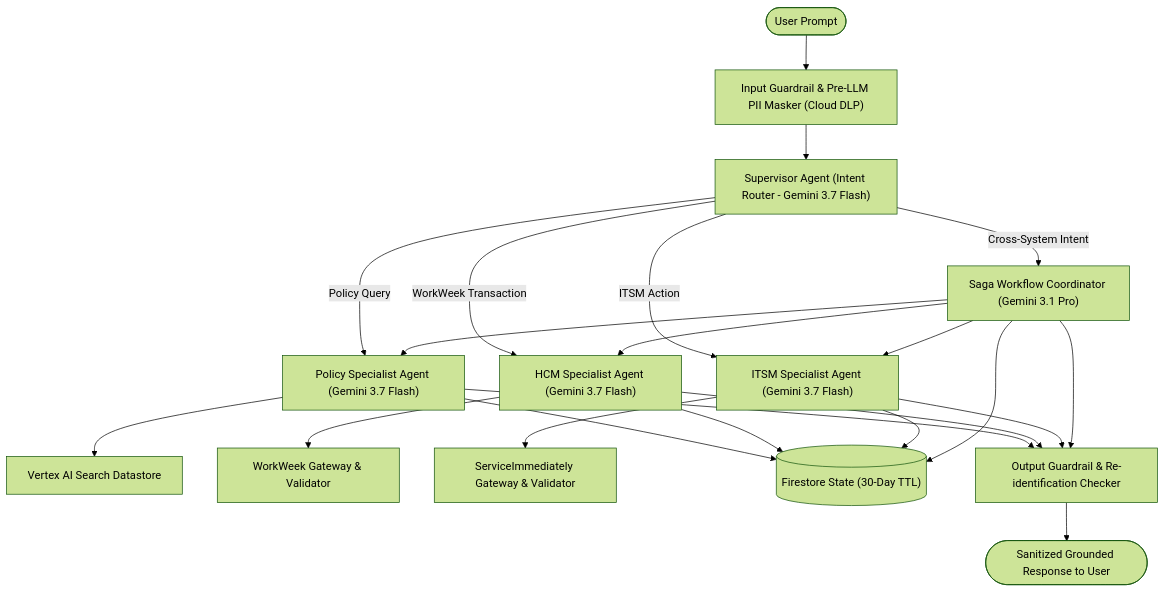
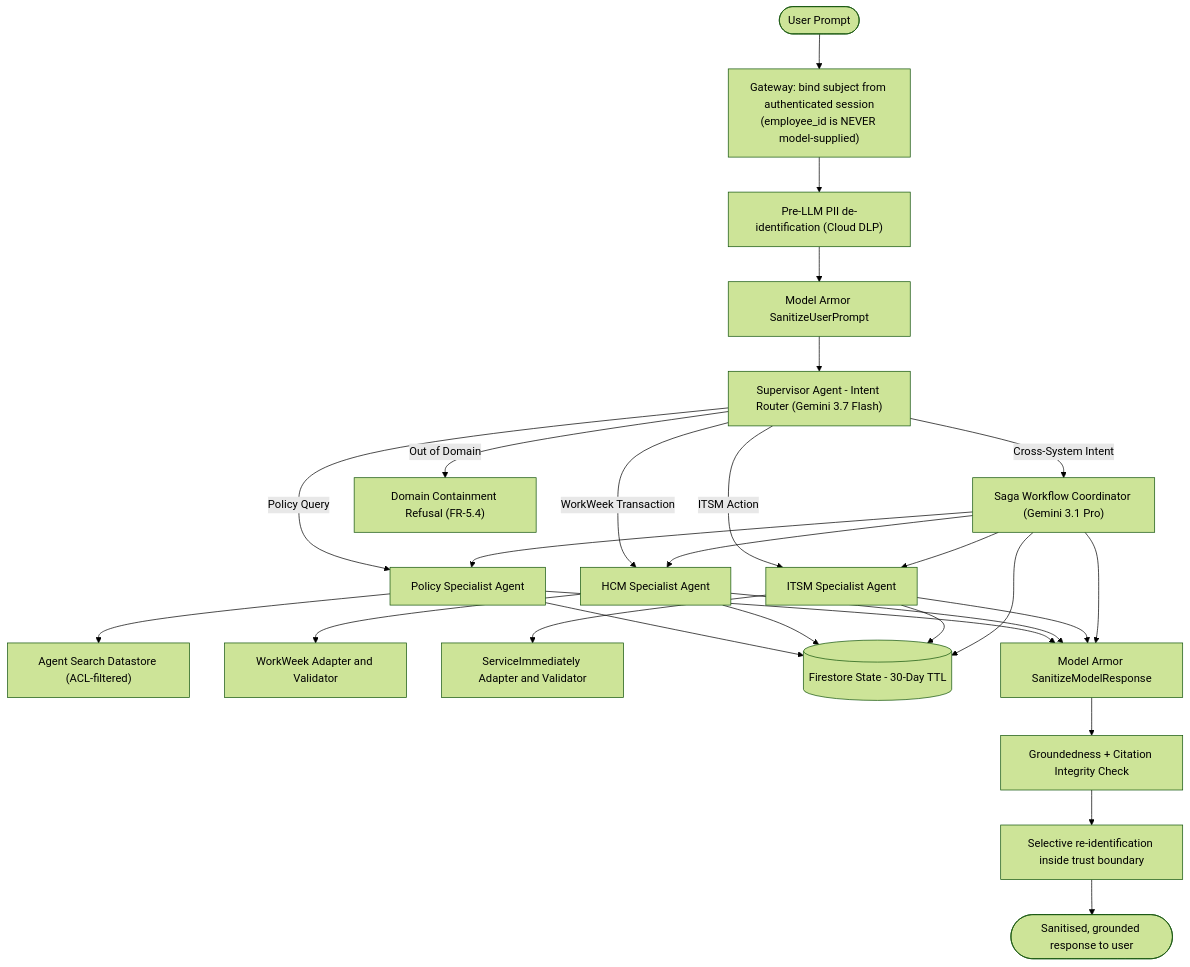
Before and after one commit to randyh0329/PRJ-ELEVATE-C1-G5: the fourth of 19 diagrams in Enterprise Agentic Solution Design Document - MVP 1.md, drawn with Mermaid (forest theme). The commit also changed other lines of this file, not shown here.

````diff
--- a/Enterprise Agentic Solution Design Document - MVP 1.md
+++ b/Enterprise Agentic Solution Design Document - MVP 1.md
@@ -194,28 +222,33 @@
 ```mermaid
 graph TD
-    Input(["User Prompt"]) --> SafeIn["Input Guardrail & Pre-LLM PII Masker (Cloud DLP)"]
-    SafeIn --> Sup["Supervisor Agent (Intent Router - Gemini 3.7 Flash)"]
-    
-    Sup -->|Policy Query| Worker1["Policy Specialist Agent (Gemini 3.7 Flash)"]
-    Sup -->|WorkWeek Transaction| Worker2["HCM Specialist Agent (Gemini 3.7 Flash)"]
-    Sup -->|ITSM Action| Worker3["ITSM Specialist Agent (Gemini 3.7 Flash)"]
+    Input(["User Prompt"]) --> Bind["Gateway: bind subject from authenticated session<br>(employee_id is NEVER model-supplied)"]
+    Bind --> SafeIn["Pre-LLM PII de-identification (Cloud DLP)"]
+    SafeIn --> ArmorIn["Model Armor SanitizeUserPrompt"]
+    ArmorIn --> Sup["Supervisor Agent - Intent Router (Gemini 3.7 Flash)"]
+
+    Sup -->|Policy Query| Worker1["Policy Specialist Agent"]
+    Sup -->|WorkWeek Transaction| Worker2["HCM Specialist Agent"]
+    Sup -->|ITSM Action| Worker3["ITSM Specialist Agent"]
     Sup -->|Cross-System Intent| Worker4["Saga Workflow Coordinator (Gemini 3.1 Pro)"]
-    
-    Worker1 --> Tool1["Vertex AI Search Datastore"]
-    Worker2 --> Tool2["WorkWeek Gateway & Validator"]
-    Worker3 --> Tool3["ServiceImmediately Gateway & Validator"]
+    Sup -->|Out of Domain| Refuse["Domain Containment Refusal (FR-5.4)"]
+
+    Worker1 --> Tool1["Agent Search Datastore (ACL-filtered)"]
+    Worker2 --> Tool2["WorkWeek Adapter and Validator"]
+    Worker3 --> Tool3["ServiceImmediately Adapter and Validator"]
     Worker4 --> Worker1
     Worker4 --> Worker2
     Worker4 --> Worker3
-    
-    Worker1 --> StateStore[("Firestore State (30-Day TTL)")]
+
+    Worker1 --> StateStore[("Firestore State - 30-Day TTL")]
     Worker2 --> StateStore
     Worker3 --> StateStore
     Worker4 --> StateStore
-    
-    Worker1 --> SafeOut["Output Guardrail & Re-identification Checker"]
-    Worker2 --> SafeOut
-    Worker3 --> SafeOut
-    Worker4 --> SafeOut
-    SafeOut --> Output(["Sanitized Grounded Response to User"])
+
+    Worker1 --> ArmorOut["Model Armor SanitizeModelResponse"]
+    Worker2 --> ArmorOut
+    Worker3 --> ArmorOut
+    Worker4 --> ArmorOut
+    ArmorOut --> Ground["Groundedness + Citation Integrity Check"]
+    Ground --> Reident["Selective re-identification inside trust boundary"]
+    Reident --> Output(["Sanitised, grounded response to user"])
 ```
````
